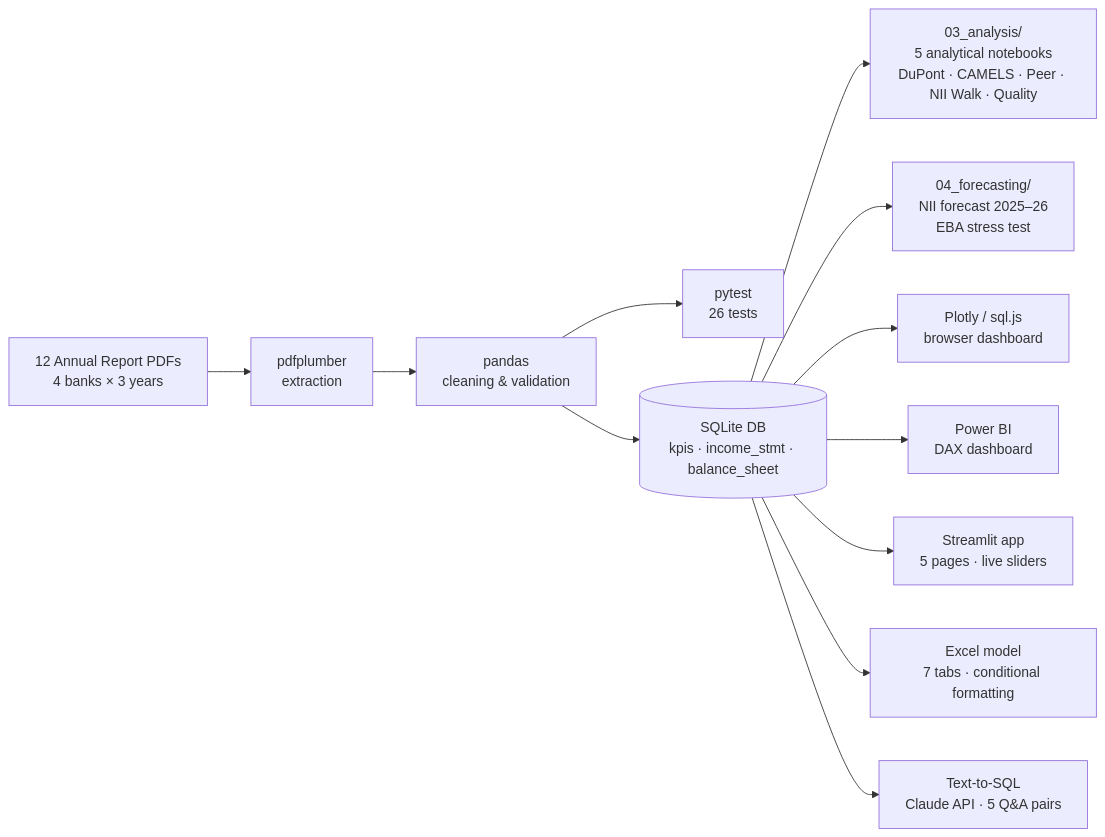
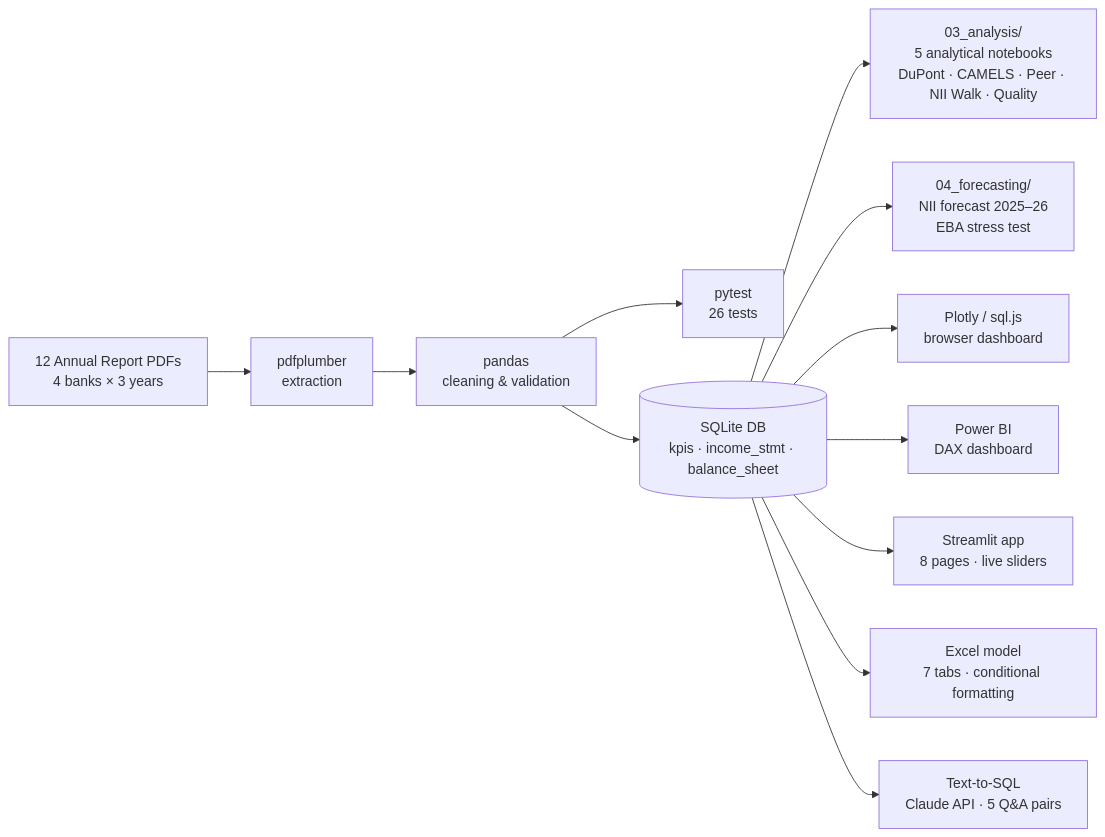
The diagram in README.md (papastergiousp-maker/ETL_Pipelines), drawn with Mermaid before and after one commit. The commit also changed other lines of this file and 3 other files, not shown here.

````diff
--- a/README.md
+++ b/README.md
@@ -59,14 +61,14 @@
 ```mermaid
 flowchart LR
     PDFs["12 Annual Report PDFs\n4 banks × 3 years"] --> extract["pdfplumber\nextraction"]
     extract --> clean["pandas\ncleaning & validation"]
     clean --> tests["pytest\n26 tests"]
     clean --> SQLite[("SQLite DB\nkpis · income_stmt · balance_sheet")]
     SQLite --> analysis["03_analysis/\n5 analytical notebooks\nDuPont · CAMELS · Peer · NII Walk · Quality"]
     SQLite --> forecast["04_forecasting/\nNII forecast 2025–26\nEBA stress test"]
     SQLite --> html["Plotly / sql.js\nbrowser dashboard"]
     SQLite --> powerbi["Power BI\nDAX dashboard"]
-    SQLite --> streamlit["Streamlit app\n5 pages · live sliders"]
+    SQLite --> streamlit["Streamlit app\n8 pages · live sliders"]
     SQLite --> excel["Excel model\n7 tabs · conditional formatting"]
     SQLite --> llm["Text-to-SQL\nClaude API · 5 Q&A pairs"]
 ```
````
